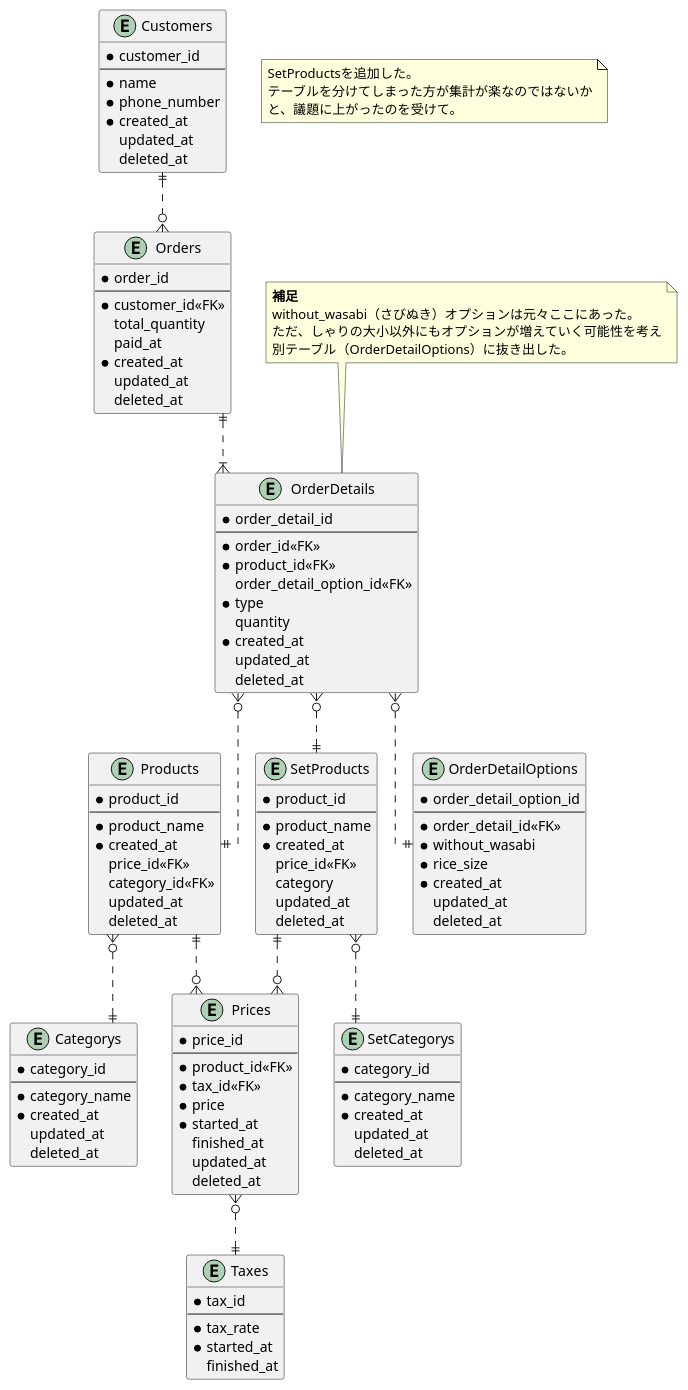
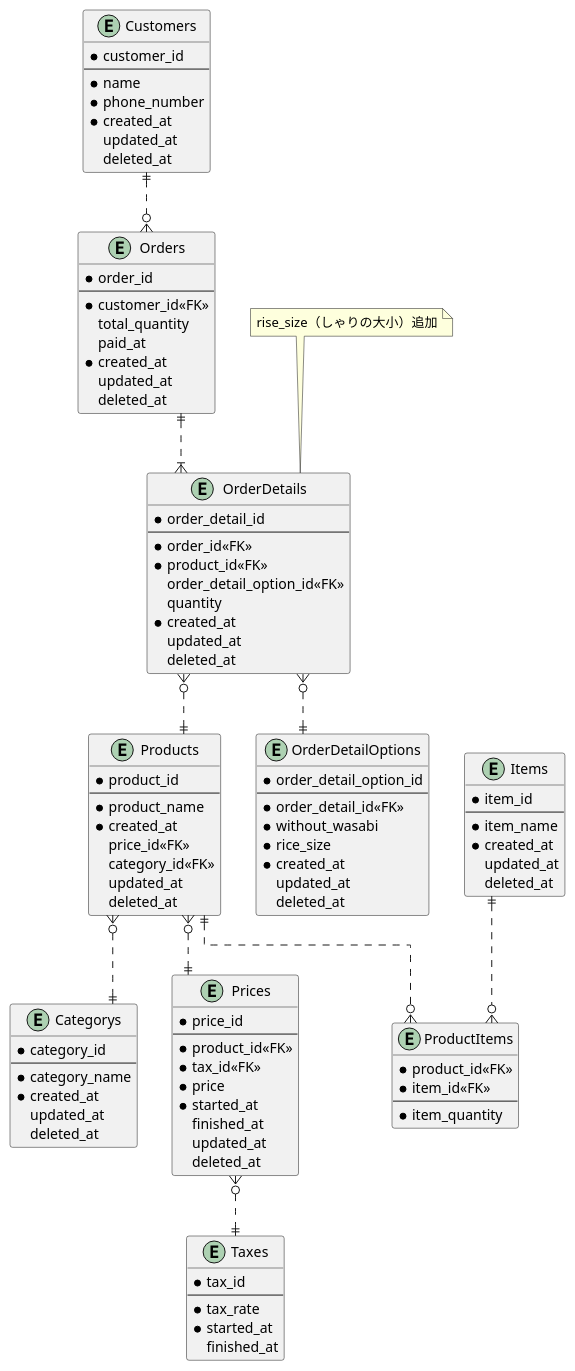
One commit to moritanuki/praha_challenge changed the diagram in 01_データベース設計/01_DBモデリング1/02_課題2/sushi_ordering_schema_02.puml. Above: the diagram before and after it, drawn with PlantUML. The commit also changed 5 other files, not shown here.

```diff
--- a/01_データベース設計/01_DBモデリング1/02_課題2/sushi_ordering_schema_02.puml
+++ b/01_データベース設計/01_DBモデリング1/02_課題2/sushi_ordering_schema_02.puml
@@ -1,145 +1,130 @@
 @startuml sushi_ordering_schema_02
 
 skinparam {
   ' カーディナリティ斜め対策
    linetype ortho
 }
 
-' 顧客マスタ
+' 顧客
 entity "Customers" as Customers {
   * customer_id
   --
   * name
   * phone_number
   * created_at
     updated_at
     deleted_at
 }
 
-' 単品商品マスタ
+' 商品
 entity "Products" as Products {
   * product_id
   --
   * product_name
   * created_at
     price_id<<FK>>
     category_id<<FK>>
     updated_at
     deleted_at
 }
 
-' 商品カテゴリマスタ
+' 商品カテゴリ
 entity "Categorys" as Categorys {
   * category_id
   --
   * category_name
   * created_at
     updated_at
     deleted_at
 }
 
-' セット商品マスタ
-entity "SetProducts" as SetProducts {
-  * product_id
-  --
-  * product_name
-  * created_at
-    price_id<<FK>>
-    category
-    updated_at
-    deleted_at
-}
-
-' セット商品カテゴリマスタ
-entity "SetCategorys" as SetCategorys {
-  * category_id
-  --
-  * category_name
-  * created_at
-    updated_at
-    deleted_at
-}
-
-' 商品金額テーブル
+' 商品金額
 entity "Prices" as Prices {
   * price_id
   --
   * product_id<<FK>>
   * tax_id<<FK>>
   * price
   * started_at
     finished_at
     updated_at
     deleted_at
 }
 
-' 消費税マスタ
+' 商品_単品
+entity "ProductItems" as ProductItems {
+  * product_id<<FK>>
+  * item_id<<FK>>
+  --
+  * item_quantity
+}
+
+' 単品
+entity "Items" as Items {
+  * item_id
+  --
+  * item_name
+  * created_at
+    updated_at
+    deleted_at
+}
+
+' 消費税
 entity "Taxes" as Taxes {
   * tax_id
   --
   * tax_rate
   * started_at
     finished_at
 }
 
-' 注文テーブル
+' 注文
 entity "Orders" as Orders {
   * order_id
   --
   * customer_id<<FK>>
     total_quantity
     paid_at
   * created_at
     updated_at
     deleted_at
 }
 
 entity "OrderDetails" as OrderDetails {
   * order_detail_id
   --
   * order_id<<FK>>
   * product_id<<FK>>
     order_detail_option_id<<FK>>
-  * type
     quantity
   * created_at
     updated_at
     deleted_at
 }
 
 note top of OrderDetails
-  <b>補足</b>
-  without_wasabi（さびぬき）オプションは元々ここにあった。
-  ただ、しゃりの大小以外にもオプションが増えていく可能性を考え
-  別テーブル（OrderDetailOptions）に抜き出した。
+  rise_size（しゃりの大小）追加
 end note
 
 entity "OrderDetailOptions" as OrderDetailOptions {
   * order_detail_option_id
   --
   * order_detail_id<<FK>>
   * without_wasabi
   * rice_size
   * created_at
     updated_at
     deleted_at
 }
 
 Customers ||..o{ Orders
 Orders ||..|{ OrderDetails
 OrderDetails }o..|| OrderDetailOptions
 OrderDetails }o..|| Products
-OrderDetails }o..|| SetProducts
-Products ||..o{ Prices
-SetProducts ||..o{ Prices
+Products ||..o{ ProductItems
+Items ||..o{ ProductItems
 Products }o..|| Categorys
-SetProducts }o..|| SetCategorys
+Products }o..|| Prices
 Prices }o..|| Taxes
 
-note as note1
-  SetProductsを追加した。
-  テーブルを分けてしまった方が集計が楽なのではないか
-  と、議題に上がったのを受けて。
-end note
-
 @enduml
```
